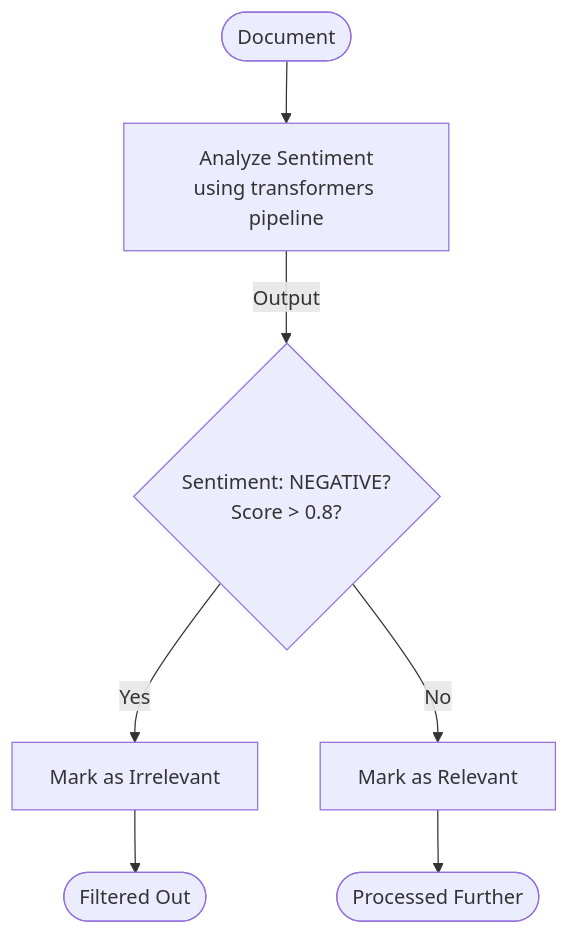
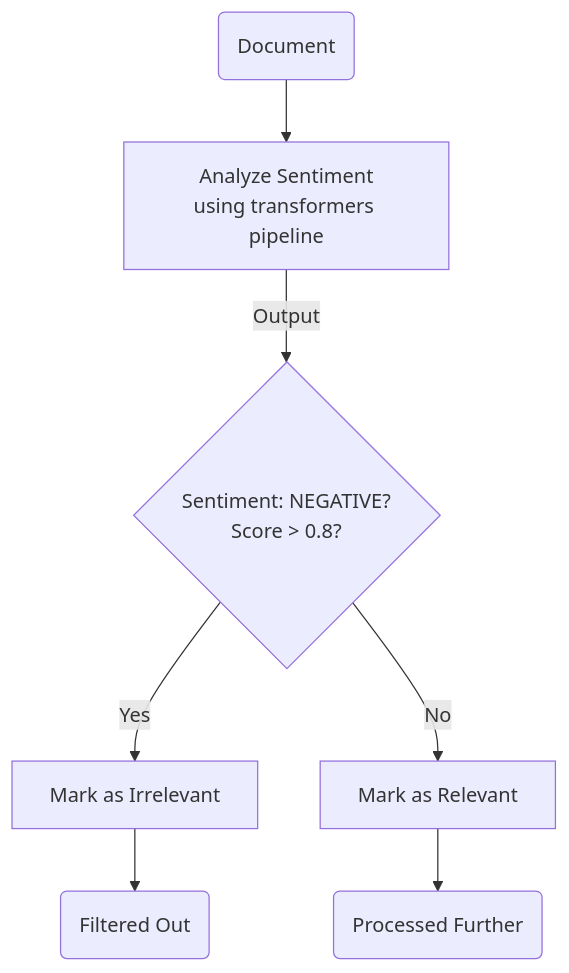
One commit to Likhithsai2580/RAVANA-WIKI changed the third of 5 diagrams in docs/Specialized Modules/Event Detection.md. Above: the diagram before and after it, drawn with Mermaid. The commit also changed other lines of this file and 32 other files, not shown here.

First line of the commit message:
feat(mermaid): enhance Mermaid diagram rendering and debugging support

````diff
--- a/docs/Specialized Modules/Event Detection.md
+++ b/docs/Specialized Modules/Event Detection.md
@@ -89,9 +89,9 @@
 ```mermaid
 flowchart TD
-Start([Document]) --> Sentiment["Analyze Sentiment<br/>using transformers pipeline"]
+Start("Document") --> Sentiment["Analyze Sentiment<br/>using transformers pipeline"]
 Sentiment --> |Output| Result{"Sentiment: NEGATIVE?<br/>Score > 0.8?"}
 Result --> |Yes| Filter["Mark as Irrelevant"]
 Result --> |No| Keep["Mark as Relevant"]
-Filter --> End1([Filtered Out])
-Keep --> End2([Processed Further])
+Filter --> End1("Filtered Out")
+Keep --> End2("Processed Further")
 ```
````
